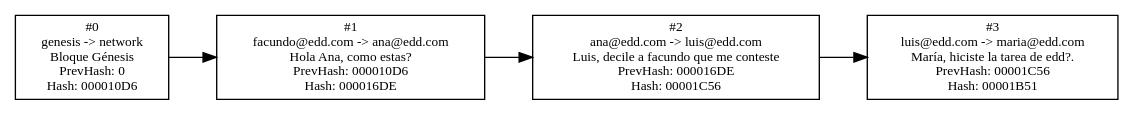
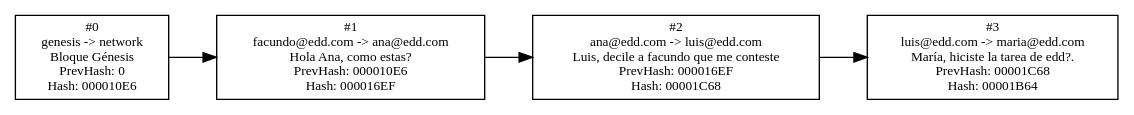
The diagram in [S10]09-09-2025/blockchain/mail_blockchain.dot (Facundo-25/EDD-A-2S-2025), drawn with Graphviz before and after one commit. The commit also changed 13 other files, not shown here.

```diff
--- a/[S10]09-09-2025/blockchain/mail_blockchain.dot
+++ b/[S10]09-09-2025/blockchain/mail_blockchain.dot
@@ -1,13 +1,13 @@
 digraph Blockchain {
   rankdir=LR;
   node [shape=box, fontsize=10];
 
-  nodo1 [label="#0\ngenesis -> network\nBloque Génesis\nPrevHash: 0\nHash: 000010D6"];
-  nodo2 [label="#1\nfacundo@edd.com -> ana@edd.com\nHola Ana, como estas?\nPrevHash: 000010D6\nHash: 000016DE"];
-  nodo3 [label="#2\nana@edd.com -> luis@edd.com\nLuis, decile a facundo que me conteste\nPrevHash: 000016DE\nHash: 00001C56"];
-  nodo4 [label="#3\nluis@edd.com -> maria@edd.com\nMaría, hiciste la tarea de edd?.\nPrevHash: 00001C56\nHash: 00001B51"];
+  nodo1 [label="#0\ngenesis -> network\nBloque Génesis\nPrevHash: 0\nHash: 000010E6"];
+  nodo2 [label="#1\nfacundo@edd.com -> ana@edd.com\nHola Ana, como estas?\nPrevHash: 000010E6\nHash: 000016EF"];
+  nodo3 [label="#2\nana@edd.com -> luis@edd.com\nLuis, decile a facundo que me conteste\nPrevHash: 000016EF\nHash: 00001C68"];
+  nodo4 [label="#3\nluis@edd.com -> maria@edd.com\nMaría, hiciste la tarea de edd?.\nPrevHash: 00001C68\nHash: 00001B64"];
 
   nodo1 -> nodo2;
   nodo2 -> nodo3;
   nodo3 -> nodo4;
 }
```
